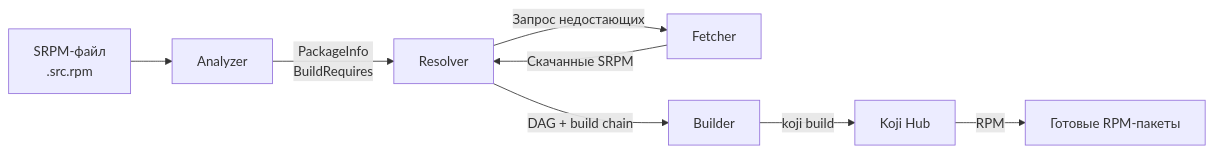
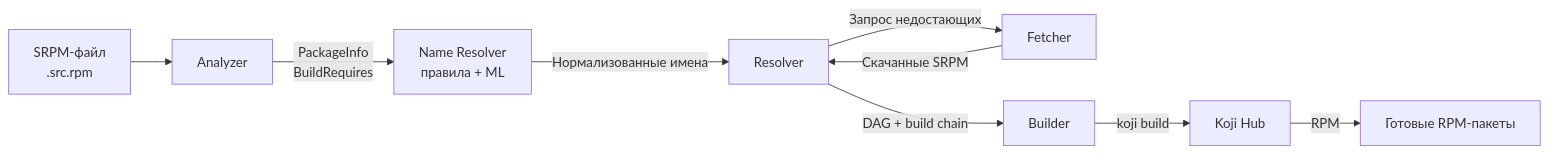
Before and after one commit to ssokkol/koji-vibebuild: the second of 17 diagrams in docs/PROJECT_OVERVIEW.md, drawn with Mermaid. The commit also changed other lines of this file and 6 other files, not shown here.

First line of the commit message:
feat(docs): enhance documentation for ML-based package name resolution

````diff
--- a/docs/PROJECT_OVERVIEW.md
+++ b/docs/PROJECT_OVERVIEW.md
@@ -105,10 +112,11 @@
 ```mermaid
 graph LR
     SRPM["SRPM-файл<br/>.src.rpm"] --> Analyzer
-    Analyzer -->|"PackageInfo<br/>BuildRequires"| Resolver
+    Analyzer -->|"PackageInfo<br/>BuildRequires"| NR["Name Resolver<br/>правила + ML"]
+    NR -->|"Нормализованные имена"| Resolver
     Resolver -->|"Запрос недостающих"| Fetcher
     Fetcher -->|"Скачанные SRPM"| Resolver
     Resolver -->|"DAG + build chain"| Builder
     Builder -->|"koji build"| KojiHub["Koji Hub"]
     KojiHub -->|"RPM"| Result["Готовые RPM-пакеты"]
 ```
````
